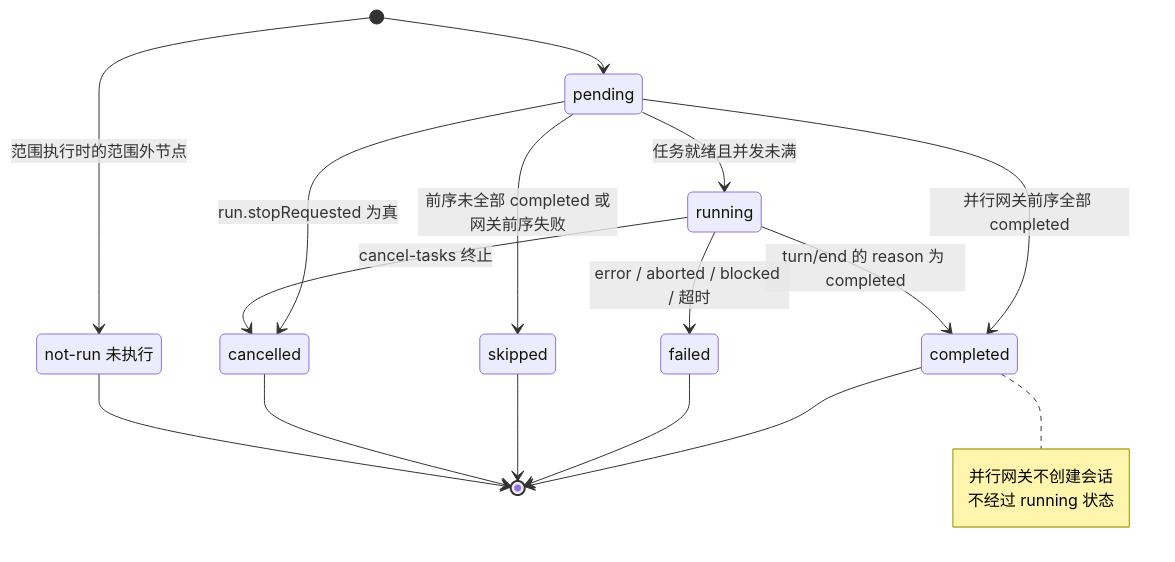
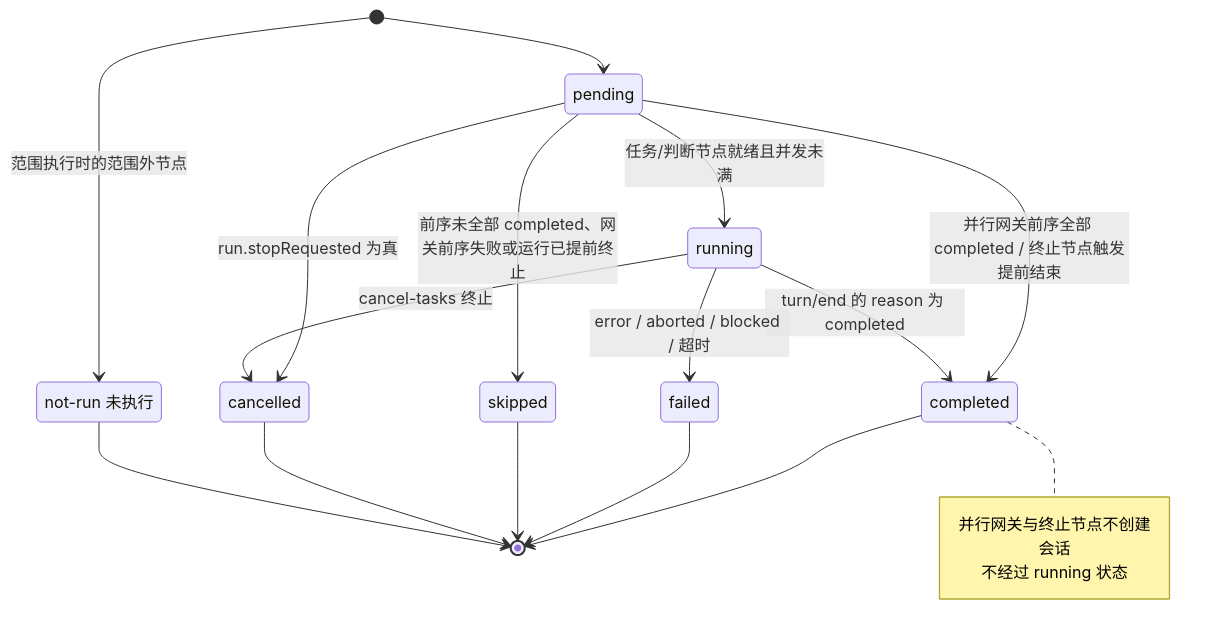
One commit to czyt1988/dsh-workflow-orchestrator changed the second of 3 diagrams in docs/dev/execution-engine.md. Above: the diagram before and after it, drawn with Mermaid. The commit also changed other lines of this file and 20 other files, not shown here.

````diff
--- a/docs/dev/execution-engine.md
+++ b/docs/dev/execution-engine.md
@@ -104,22 +122,22 @@
 ```mermaid
 stateDiagram-v2
   state "not-run 未执行" as NotRun
   [*] --> pending
   [*] --> NotRun: 范围执行时的范围外节点
-  pending --> running: 任务就绪且并发未满
-  pending --> completed: 并行网关前序全部 completed
-  pending --> skipped: 前序未全部 completed 或网关前序失败
+  pending --> running: 任务/判断节点就绪且并发未满
+  pending --> completed: 并行网关前序全部 completed / 终止节点触发提前结束
+  pending --> skipped: 前序未全部 completed、网关前序失败或运行已提前终止
   pending --> cancelled: run.stopRequested 为真
   running --> completed: turn/end 的 reason 为 completed
   running --> failed: error / aborted / blocked / 超时
   running --> cancelled: cancel-tasks 终止
   completed --> [*]
   failed --> [*]
   skipped --> [*]
   cancelled --> [*]
   NotRun --> [*]
   note right of completed
-    并行网关不创建会话
+    并行网关与终止节点不创建会话
     不经过 running 状态
   end note
 ```
````
